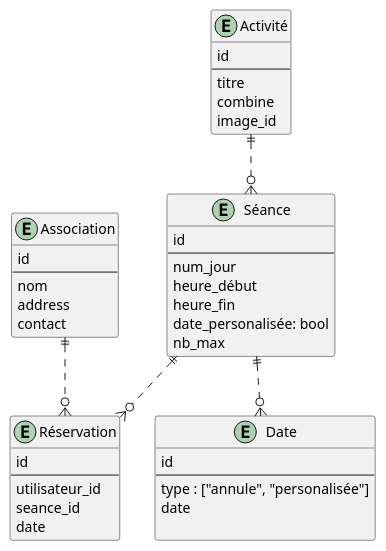
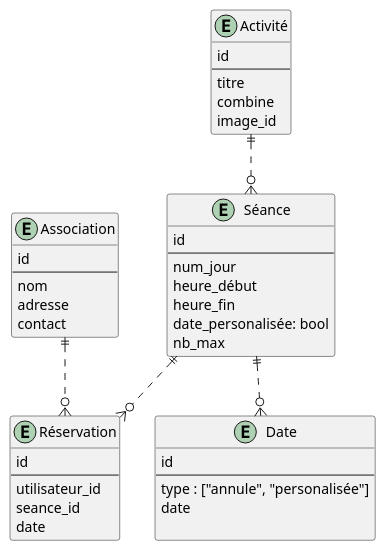
Before and after one commit to vsantele/IG2-java-projet: the diagram in schema/database.puml, drawn with PlantUML.

```diff
--- a/schema/database.puml
+++ b/schema/database.puml
@@ -1,48 +1,48 @@
-@startuml
+@startuml database
   entity Activité {
     id
     --
     titre
     combine
     image_id
   }
 
   entity Séance {
     id
     --
     num_jour
     heure_début
     heure_fin
     date_personalisée: bool
     nb_max
   }
 
   entity Réservation {
     id
     --
     utilisateur_id
     seance_id
     date
   }
 
   entity Date {
     id
     --
     type : ["annule", "personalisée"]
     date
 
   }
 
   entity Association {
     id
     --
     nom
-    address
+    adresse
     contact
   }
 
   Activité ||..o{ Séance
   Séance ||..o{ Réservation
   Séance ||..o{ Date
   Association ||..o{ Réservation
 @enduml
```
